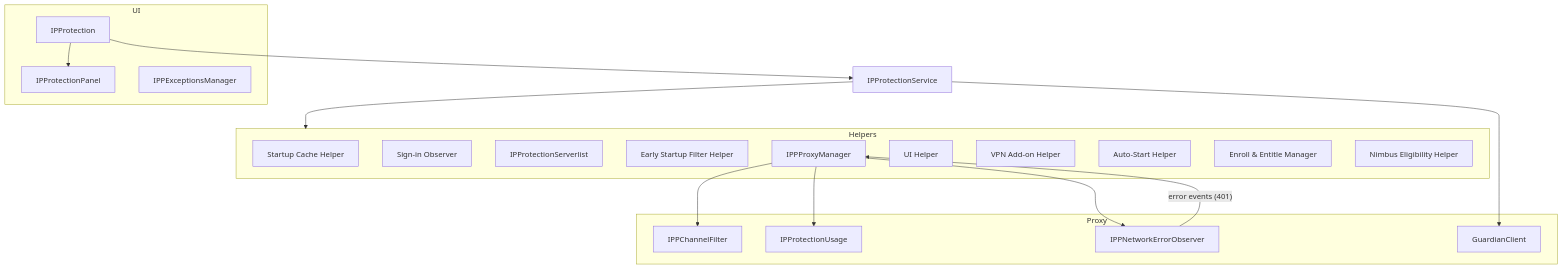
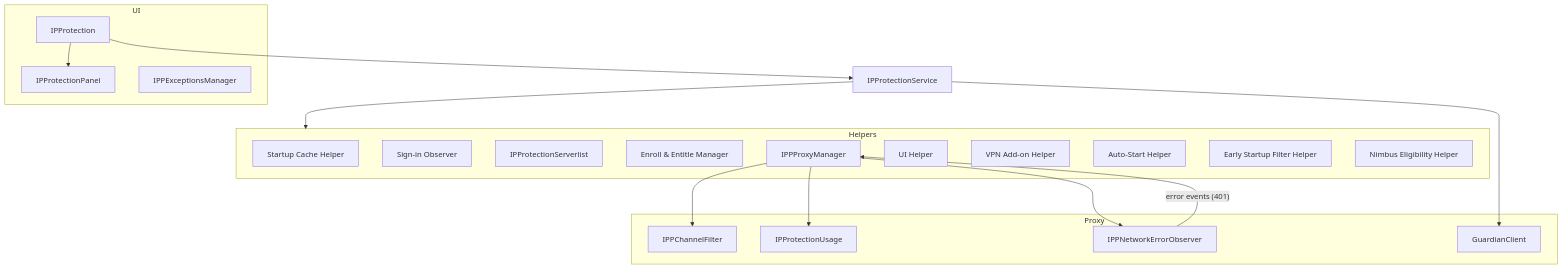
One commit to marco-c/gecko-dev-comments-removed changed the diagram in browser/components/ipprotection/docs/Components.rst. Above: the diagram before and after it, drawn with Mermaid. The commit also changed other lines of this file and 5 other files, not shown here.

First line of the commit message:
Bug 1999122 - Improve the IPProtection VPN add-on helper class, r=ip-protection-reviewers,sstreich

```diff
--- a/browser/components/ipprotection/docs/Components.rst
+++ b/browser/components/ipprotection/docs/Components.rst
@@ -11,52 +11,52 @@
 .. mermaid::
    :align: center
    :caption: IP Protection architecture
 
    flowchart TD
 
      IPProtectionService
 
      Helpers["IPProtectionHelpers"]
 
      %% UI
      subgraph UI
        IPProtection
        IPProtectionPanel
        IPPExceptionsManager
      end
 
      %% Helpers
      subgraph Helpers
        IPPStartupCache["Startup Cache Helper"]
        IPPSignInWatcher["Sign-in Observer"]
        IPProtectionServerlist
-       IPPEarlyStartupFilter["Early Startup Filter Helper"]
+       IPPEnrollAndEntitleManager["Enroll & Entitle Manager"]
        IPPProxyManager
        UIHelper["UI Helper"]
-       VPNAddonHelper["VPN Add-on Helper"]
+       IPPVPNAddonHelper["VPN Add-on Helper"]
        IPPAutoStart["Auto-Start Helper"]
-       IPPEnrollAndEntitleManager["Enroll & Entitle Manager"]
+       IPPEarlyStartupFilter["Early Startup Filter Helper"]
        IPPNimbusHelper["Nimbus Eligibility Helper"]
      end
 
      %% Proxy stack
      subgraph Proxy
        IPPChannelFilter
        IPProtectionUsage
        IPPNetworkErrorObserver
        GuardianClient
      end
 
      %% Service wiring
      IPProtectionService --> GuardianClient
      IPProtectionService --> Helpers
 
      %% UI wiring
      IPProtection --> IPProtectionPanel
      IPProtection --> IPProtectionService
 
      %% Proxy wiring
      IPPProxyManager --> IPPChannelFilter
      IPPProxyManager --> IPProtectionUsage
      IPPProxyManager --> IPPNetworkErrorObserver
      IPPNetworkErrorObserver -- "error events (401)" --> IPPProxyManager
```
